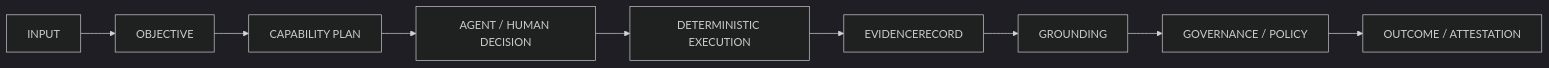
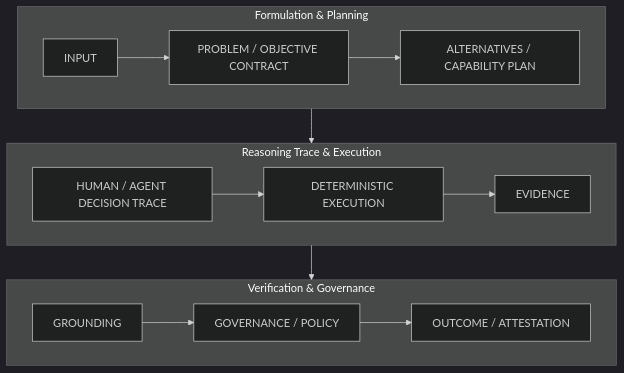
The first of 2 diagrams in README.md (supratik-sarkar/StART), drawn with Mermaid (dark theme) before and after one commit. The commit also changed other lines of this file and 1 other file, not shown here.

````diff
--- a/README.md
+++ b/README.md
@@ -35,11 +39,20 @@
 ```mermaid
-flowchart LR
-    In["INPUT"] --> Obj["OBJECTIVE"]
-    Obj --> Plan["CAPABILITY PLAN"]
-    Plan --> Dec["AGENT / HUMAN DECISION"]
-    Dec --> Exec["DETERMINISTIC EXECUTION"]
-    Exec --> Ev["EVIDENCERECORD"]
-    Ev --> Ground["GROUNDING"]
-    Ground --> Gov["GOVERNANCE / POLICY"]
-    Gov --> Out["OUTCOME / ATTESTATION"]
+flowchart TD
+    subgraph Row1 ["Formulation & Planning"]
+        direction LR
+        In["INPUT"] --> Obj["PROBLEM / OBJECTIVE CONTRACT"]
+        Obj --> Plan["ALTERNATIVES / CAPABILITY PLAN"]
+    end
+    subgraph Row2 ["Reasoning Trace & Execution"]
+        direction LR
+        Trace["HUMAN / AGENT DECISION TRACE"] --> Exec["DETERMINISTIC EXECUTION"]
+        Exec --> Ev["EVIDENCE"]
+    end
+    subgraph Row3 ["Verification & Governance"]
+        direction LR
+        Ground["GROUNDING"] --> Gov["GOVERNANCE / POLICY"]
+        Gov --> Out["OUTCOME / ATTESTATION"]
+    end
+    Plan --> Trace
+    Ev --> Ground
 ```
````
